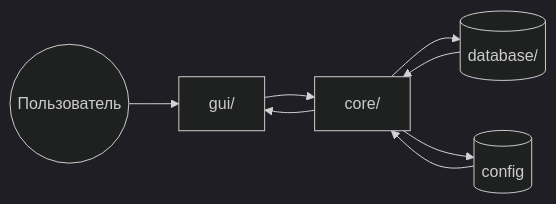
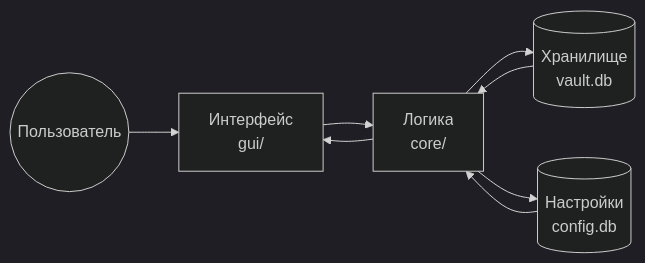
Before and after one commit to lonelywarsaw/cryptosafe-manager: the diagram in README.md, drawn with Mermaid (dark theme). The commit also changed other lines of this file and 103 other files, not shown here.

````diff
--- a/README.md
+++ b/README.md
@@ -75,10 +217,10 @@
 ```mermaid
 flowchart LR
-    User((Пользователь)) --> GUI[gui/]
-    GUI --> Core[core/]
-    Core --> DB[(database/)]
-    Core --> Config[(config)]
-    DB --> Core
-    Config --> Core
-    Core --> GUI
+    U((Пользователь)) --> GUI["Интерфейс<br/>gui/"]
+    GUI --> CORE["Логика<br/>core/"]
+    CORE --> VDB[("Хранилище<br/>vault.db")]
+    CORE --> CDB[("Настройки<br/>config.db")]
+    VDB --> CORE
+    CDB --> CORE
+    CORE --> GUI
 ```
````
